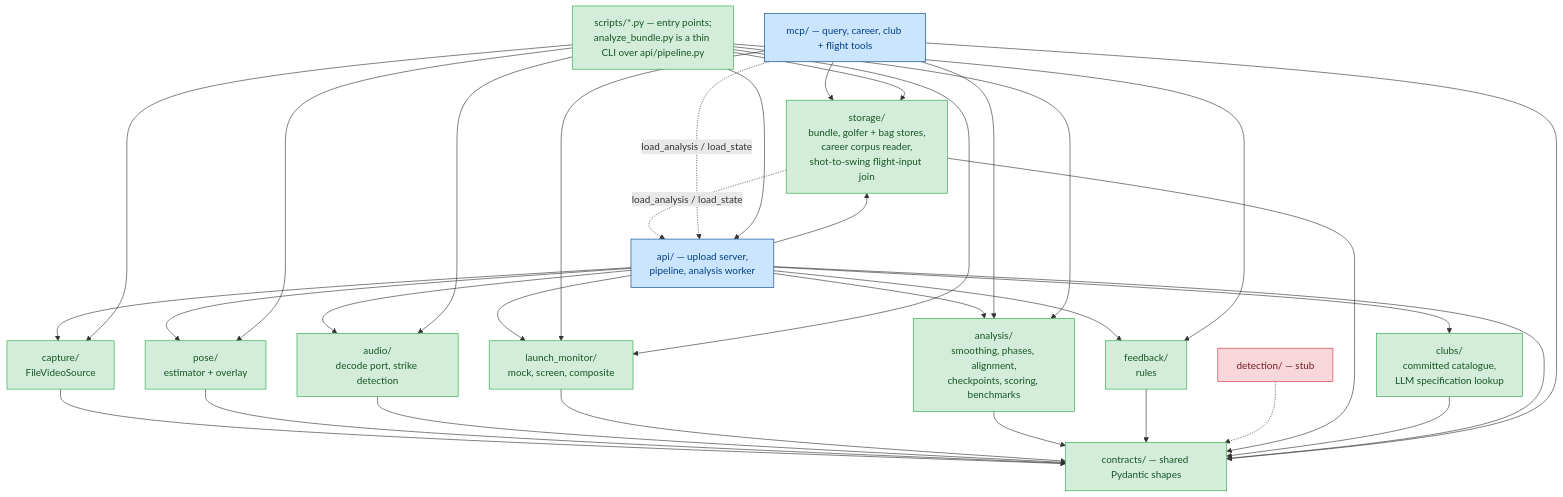
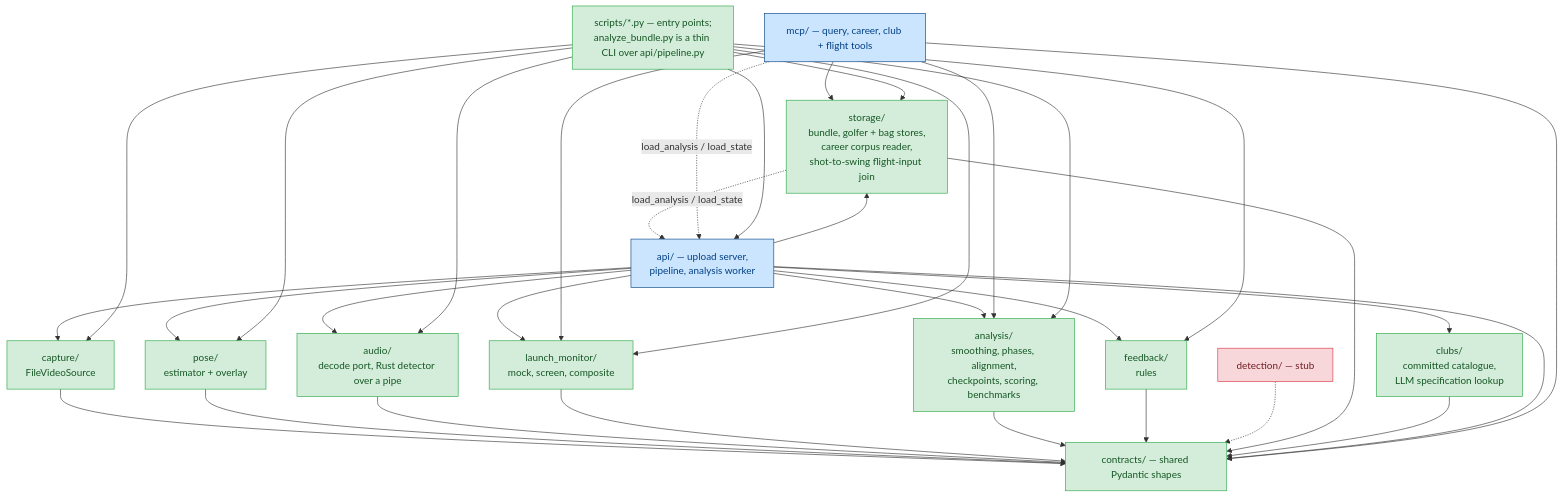
The second of 3 diagrams in docs/ARCHITECTURE.md (MildTreeRat/golf-coach), drawn with Mermaid before and after one commit. The commit also changed other lines of this file and 153 other files, not shown here.

````diff
--- a/docs/ARCHITECTURE.md
+++ b/docs/ARCHITECTURE.md
@@ -232,49 +251,49 @@
 ```mermaid
 flowchart TD
     C["contracts/ — shared Pydantic shapes"]
 
     CAP["capture/<br/>FileVideoSource"] --> C
     POSE["pose/<br/>estimator + overlay"] --> C
-    AUD["audio/<br/>decode port, strike detection"] --> C
+    AUD["audio/<br/>decode port, Rust detector over a pipe"] --> C
     LMM["launch_monitor/<br/>mock, screen, composite"] --> C
     ANA["analysis/<br/>smoothing, phases, alignment,<br/>checkpoints, scoring, benchmarks"] --> C
     FB["feedback/<br/>rules"] --> C
     DET["detection/ — stub"] -.-> C
     STO["storage/<br/>bundle, golfer + bag stores,<br/>career corpus reader,<br/>shot-to-swing flight-input join"] --> C
     CLB["clubs/<br/>committed catalogue,<br/>LLM specification lookup"] --> C
 
     API["api/ — upload server,<br/>pipeline, analysis worker"] --> C
     MCP["mcp/ — query, career, club + flight tools"] --> C
 
     API --> CAP
     API --> POSE
     API --> AUD
     API --> ANA
     API --> FB
     API --> LMM
     API --> STO
     API --> CLB
 
     MCP --> ANA
     MCP --> STO
     MCP --> LMM
 
     STO -. "load_analysis / load_state" .-> API
     MCP -. "load_analysis / load_state" .-> API
 
     CLI["scripts/*.py — entry points;<br/>analyze_bundle.py is a thin CLI over api/pipeline.py"] --> API
     CLI --> CAP
     CLI --> POSE
     CLI --> AUD
     CLI --> ANA
     CLI --> FB
     CLI --> LMM
     CLI --> STO
 
     classDef built fill:#d4edda,stroke:#28a745,color:#155724;
     classDef stub fill:#f8d7da,stroke:#dc3545,color:#721c24;
     classDef shell fill:#cce5ff,stroke:#004085,color:#004085;
     class C,CAP,POSE,AUD,LMM,ANA,FB,CLI,STO,CLB built;
     class API,MCP shell;
     class DET stub;
 ```
````
